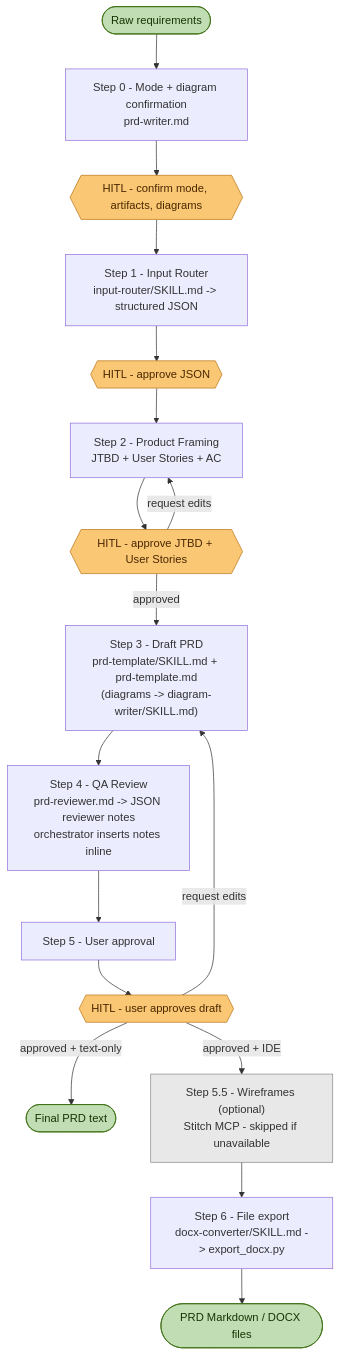
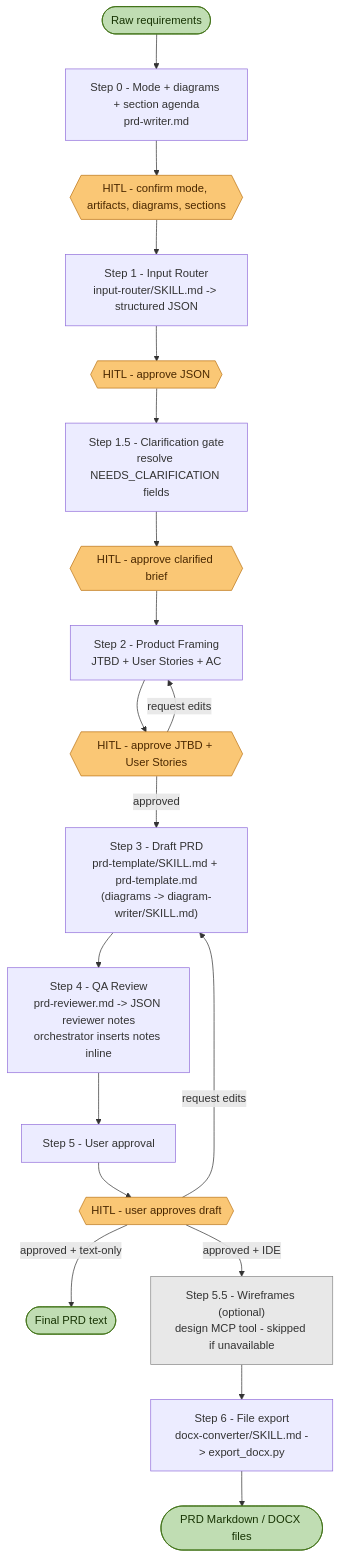
Before and after one commit to Tuon-Tun/Claude-Code--Path-To-Claude-Code-Executable: the diagram in README.md, drawn with Mermaid. The commit also changed other lines of this file and 4 other files, not shown here.

````diff
--- a/README.md
+++ b/README.md
@@ -69,45 +69,50 @@
 ```mermaid
 flowchart TD
     A([Raw requirements]) --> S0
 
-    S0["Step 0 - Mode + diagram confirmation\nprd-writer.md"]
-    S0 --> H0{{"HITL - confirm mode, artifacts, diagrams"}}
+    S0["Step 0 - Mode + diagrams + section agenda\nprd-writer.md"]
+    S0 --> H0{{"HITL - confirm mode, artifacts, diagrams, sections"}}
     H0 --> S1
 
     S1["Step 1 - Input Router\ninput-router/SKILL.md -> structured JSON"]
     S1 --> H1{{"HITL - approve JSON"}}
-    H1 --> S2
+    H1 --> S15
+
+    S15["Step 1.5 - Clarification gate\nresolve NEEDS_CLARIFICATION fields"]
+    S15 --> H15{{"HITL - approve clarified brief"}}
+    H15 --> S2
 
     S2["Step 2 - Product Framing\nJTBD + User Stories + AC"]
     S2 --> H2{{"HITL - approve JTBD + User Stories"}}
     H2 -->|"request edits"| S2
     H2 -->|"approved"| S3
 
     S3["Step 3 - Draft PRD\nprd-template/SKILL.md + prd-template.md\n(diagrams -> diagram-writer/SKILL.md)"]
     S3 --> S4
 
     S4["Step 4 - QA Review\nprd-reviewer.md -> JSON reviewer notes\norchestrator inserts notes inline"]
     S4 --> S5
 
     S5["Step 5 - User approval"]
     S5 --> H5
     H5{{"HITL - user approves draft"}}
     H5 -->|"request edits"| S3
     H5 -->|"approved + text-only"| ZT([Final PRD text])
     H5 -->|"approved + IDE"| S55
 
-    S55["Step 5.5 - Wireframes (optional)\nStitch MCP - skipped if unavailable"]
+    S55["Step 5.5 - Wireframes (optional)\ndesign MCP tool - skipped if unavailable"]
     S55 --> S6
 
     S6["Step 6 - File export\ndocx-converter/SKILL.md -> export_docx.py"]
     S6 --> ZF([PRD Markdown / DOCX files])
 
     style H0 fill:#FAC775,stroke:#BA7517,color:#4A2800
     style H1 fill:#FAC775,stroke:#BA7517,color:#4A2800
+    style H15 fill:#FAC775,stroke:#BA7517,color:#4A2800
     style H2 fill:#FAC775,stroke:#BA7517,color:#4A2800
     style H5 fill:#FAC775,stroke:#BA7517,color:#4A2800
     style S55 fill:#E8E8E8,stroke:#888,color:#333
     style A fill:#C0DDB3,stroke:#3B6D11,color:#173404
     style ZT fill:#C0DDB3,stroke:#3B6D11,color:#173404
     style ZF fill:#C0DDB3,stroke:#3B6D11,color:#173404
 ```
````
